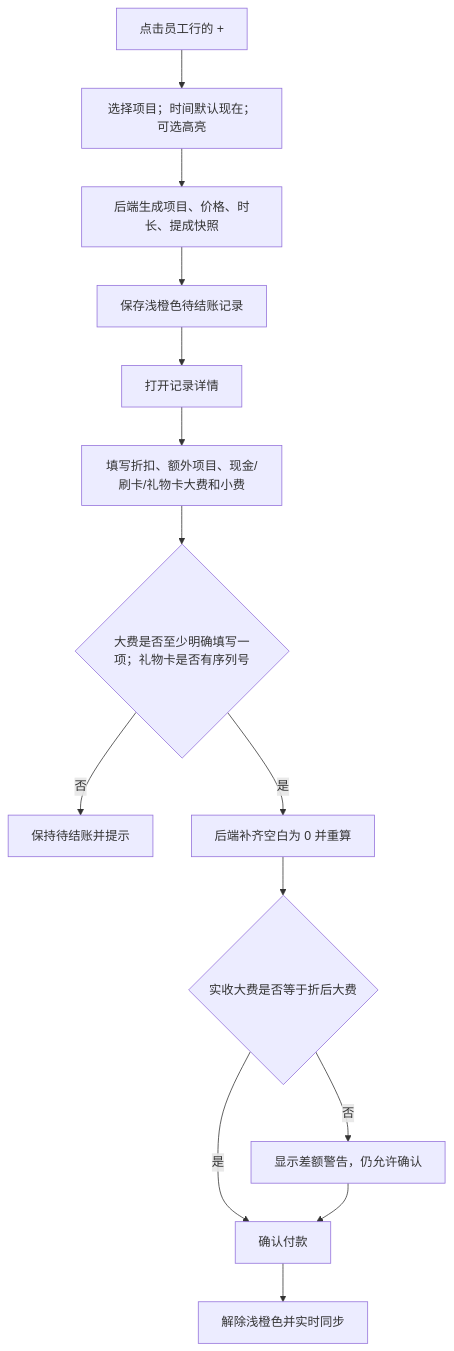
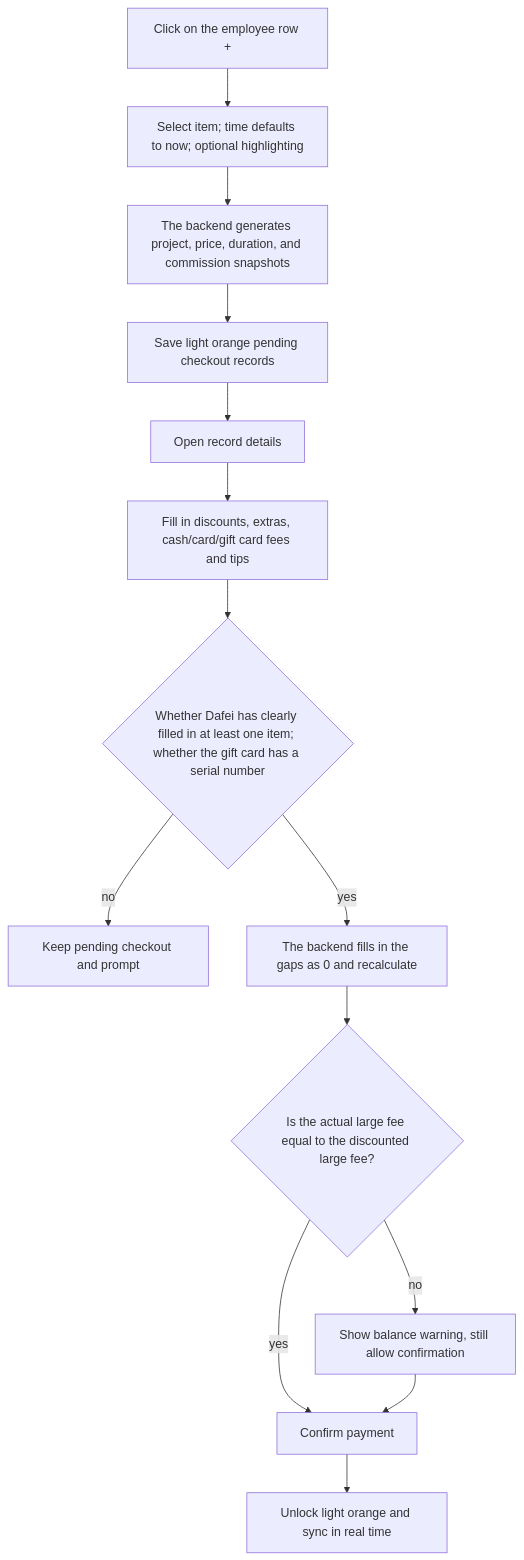
One commit to Redonkatonkk/massage-note changed the third of 6 diagrams in docs/archive/INITIAL_ARCHITECTURE_PLAN.md. Above: the diagram before and after it, drawn with Mermaid. The commit also changed other lines of this file and 118 other files, not shown here.

````diff
--- a/docs/archive/INITIAL_ARCHITECTURE_PLAN.md
+++ b/docs/archive/INITIAL_ARCHITECTURE_PLAN.md
@@ -179,16 +203,16 @@
 ```mermaid
 flowchart TD
-    A["点击员工行的 +"] --> B["选择项目；时间默认现在；可选高亮"]
-    B --> C["后端生成项目、价格、时长、提成快照"]
-    C --> D["保存浅橙色待结账记录"]
-    D --> E["打开记录详情"]
-    E --> F["填写折扣、额外项目、现金/刷卡/礼物卡大费和小费"]
-    F --> G{"大费是否至少明确填写一项；礼物卡是否有序列号"}
-    G -- 否 --> H["保持待结账并提示"]
-    G -- 是 --> I["后端补齐空白为 0 并重算"]
-    I --> J{"实收大费是否等于折后大费"}
-    J -- 否 --> K["显示差额警告，仍允许确认"]
-    J -- 是 --> L["确认付款"]
+    A["Click on the employee row +"] --> B["Select item; time defaults to now; optional highlighting"]
+    B --> C["The backend generates project, price, duration, and commission snapshots"]
+    C --> D["Save light orange pending checkout records"]
+    D --> E["Open record details"]
+    E --> F["Fill in discounts, extras, cash/card/gift card fees and tips"]
+    F --> G{"Whether Dafei has clearly filled in at least one item; whether the gift card has a serial number"}
+    G -- no --> H["Keep pending checkout and prompt"]
+    G -- yes --> I["The backend fills in the gaps as 0 and recalculate"]
+    I --> J{"Is the actual large fee equal to the discounted large fee?"}
+    J -- no --> K["Show balance warning, still allow confirmation"]
+    J -- yes --> L["Confirm payment"]
     K --> L
-    L --> M["解除浅橙色并实时同步"]
+    L --> M["Unlock light orange and sync in real time"]
 ```
````
